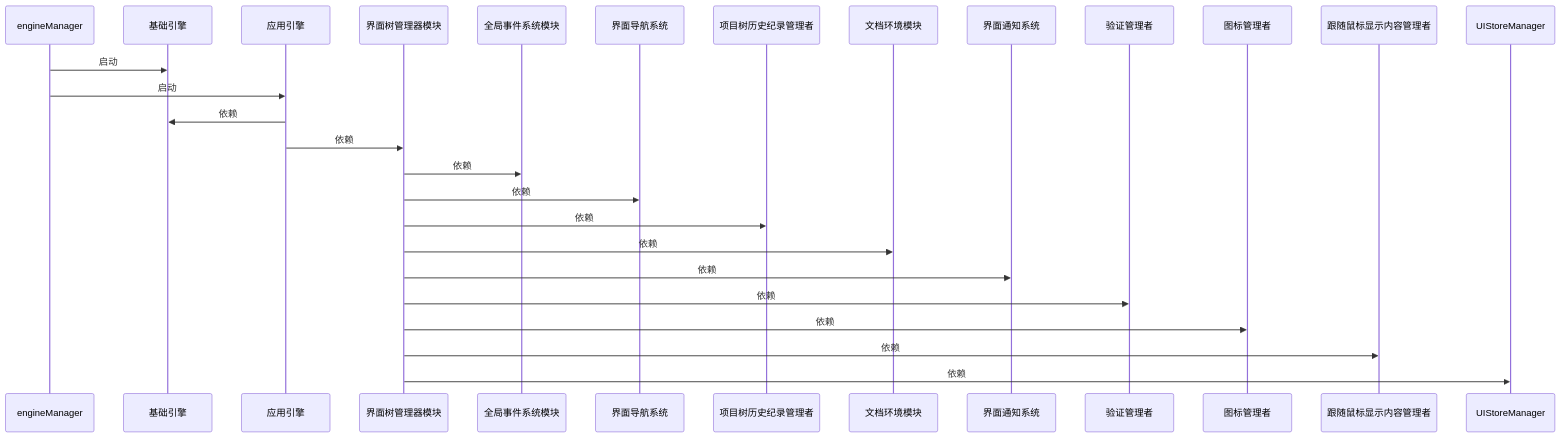
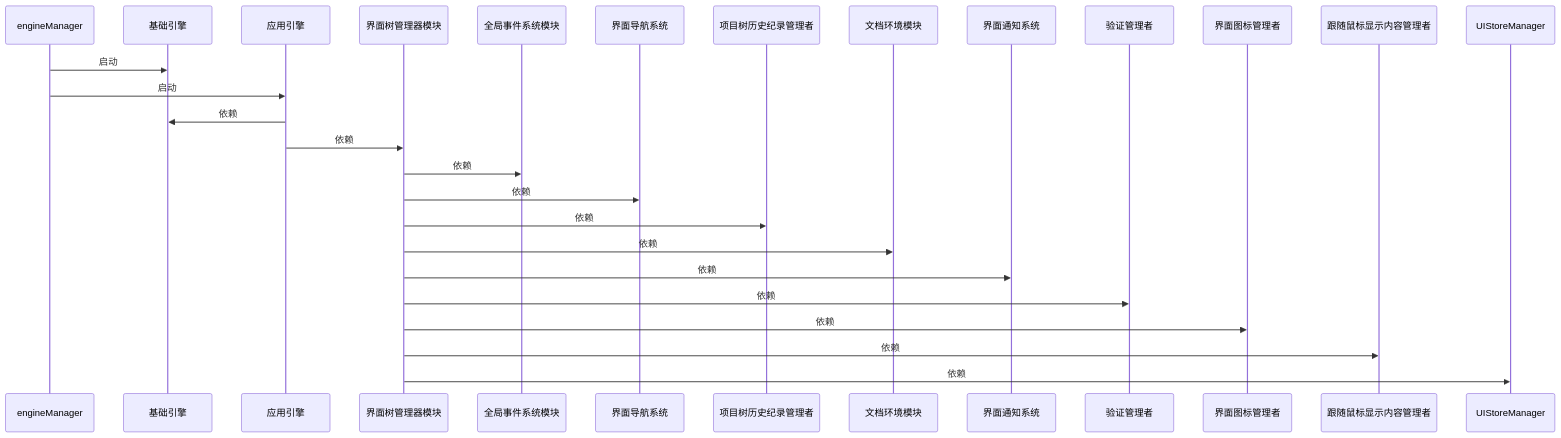
The diagram in admin/maps/test.md (tolerance-go/nocode-builder), drawn with Mermaid before and after one commit. The commit also changed 10 other files, not shown here.

````diff
--- a/admin/maps/test.md
+++ b/admin/maps/test.md
@@ -1,16 +1,16 @@
 ```mermaid
 sequenceDiagram
   engineManager->>基础引擎: 启动
   engineManager->>应用引擎: 启动
   应用引擎->>基础引擎: 依赖
   应用引擎->>界面树管理器模块: 依赖
   界面树管理器模块->>全局事件系统模块: 依赖
   界面树管理器模块->>界面导航系统: 依赖
   界面树管理器模块->>项目树历史纪录管理者: 依赖
   界面树管理器模块->>文档环境模块: 依赖
   界面树管理器模块->>界面通知系统: 依赖
   界面树管理器模块->>验证管理者: 依赖
-  界面树管理器模块->>图标管理者: 依赖
+  界面树管理器模块->>界面图标管理者: 依赖
   界面树管理器模块->>跟随鼠标显示内容管理者: 依赖
   界面树管理器模块->>UIStoreManager: 依赖
 ```
````
